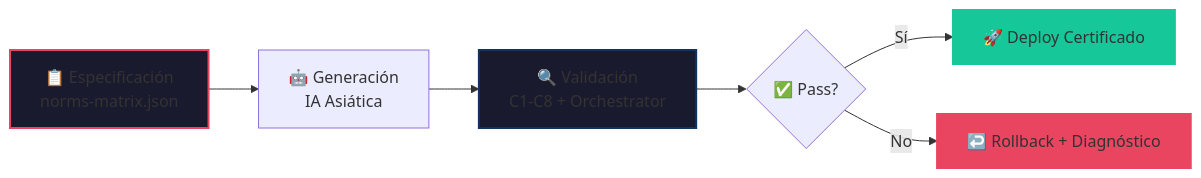
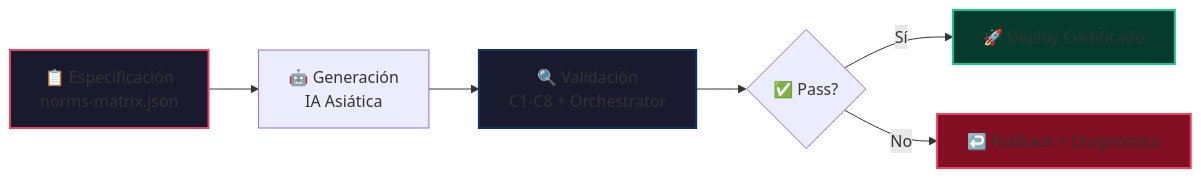
Before and after one commit to Mantis-AgenticDev/Mantis-AgenticDev: the seventh of 12 diagrams in README.md, drawn with Mermaid. The commit also changed other lines of this file, not shown here.

````diff
--- a/README.md
+++ b/README.md
@@ -369,13 +370,13 @@
 ```mermaid
 graph LR
     A[📋 Especificación<br/>norms-matrix.json] --> B[🤖 Generación<br/>IA Asiática]
     B --> C[🔍 Validación<br/>C1-C8 + Orchestrator]
     C --> D{✅ Pass?}
     D -->|Sí| E[🚀 Deploy Certificado]
     D -->|No| F[↩️ Rollback + Diagnóstico]
     
     style A fill:#1a1a2e,stroke:#e94560,stroke-width:2px
     style C fill:#1a1a2e,stroke:#0f3460,stroke-width:2px
-    style E fill:#16c79a,stroke:#16c79a,stroke-width:2px
-    style F fill:#e94560,stroke:#e94560,stroke-width:2px
+    style E fill:#063a2d,stroke:#16c79a,stroke-width:2px
+    style F fill:#820f22,stroke:#e94560,stroke-width:2px
 ```
````
